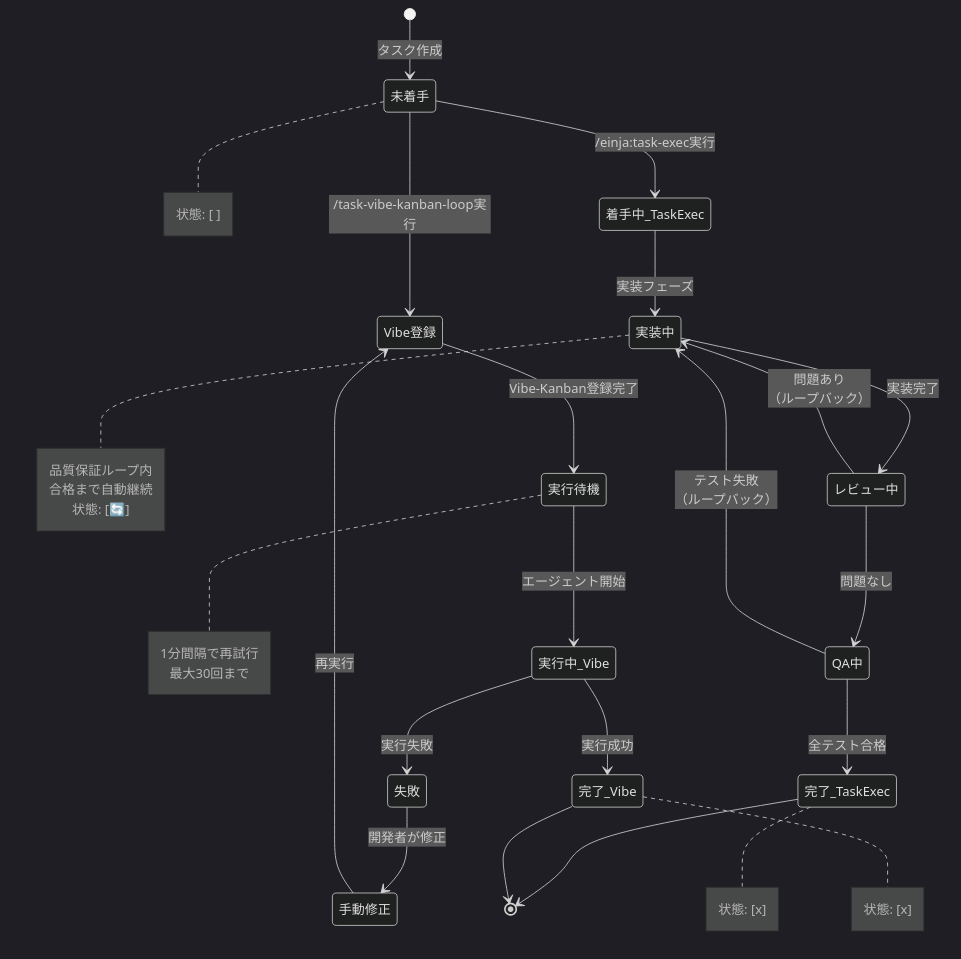
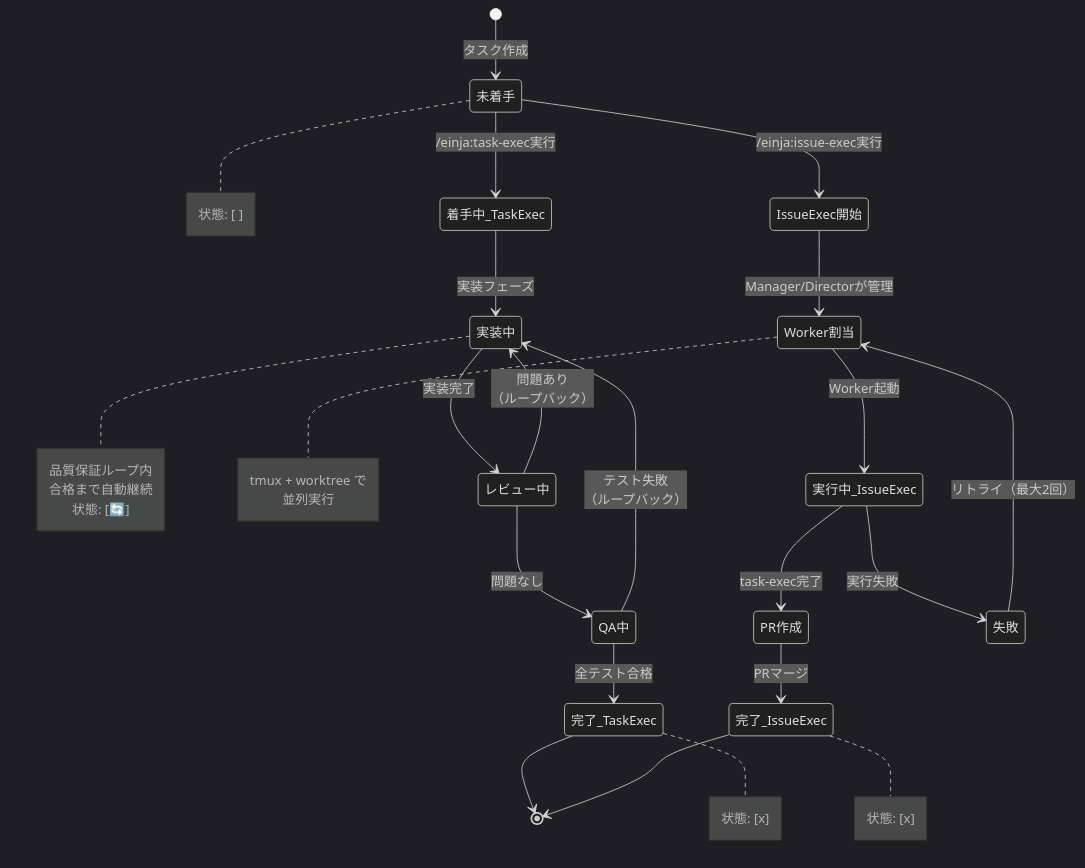
Before and after one commit to einja-inc/einja-management-template: the fourth of 6 diagrams in docs/einja/instructions/task-execute.md, drawn with Mermaid (dark theme). The commit also changed other lines of this file and 51 other files, not shown here.

First line of the commit message:
feat: issue-exec ワークフロー導入 + task-loop ソースコード復元

````diff
--- a/docs/einja/instructions/task-execute.md
+++ b/docs/einja/instructions/task-execute.md
@@ -450,48 +450,48 @@
 ```mermaid
 stateDiagram-v2
     [*] --> 未着手: タスク作成
 
     未着手 --> 着手中_TaskExec: /einja:task-exec実行
-    未着手 --> Vibe登録: /task-vibe-kanban-loop実行
+    未着手 --> IssueExec開始: /einja:issue-exec実行
 
     着手中_TaskExec --> 実装中: 実装フェーズ
     実装中 --> レビュー中: 実装完了
     レビュー中 --> 実装中: 問題あり<br/>（ループバック）
     レビュー中 --> QA中: 問題なし
     QA中 --> 実装中: テスト失敗<br/>（ループバック）
     QA中 --> 完了_TaskExec: 全テスト合格
 
-    Vibe登録 --> 実行待機: Vibe-Kanban登録完了
-    実行待機 --> 実行中_Vibe: エージェント開始
-    実行中_Vibe --> 完了_Vibe: 実行成功
-    実行中_Vibe --> 失敗: 実行失敗
+    IssueExec開始 --> Worker割当: Manager/Directorが管理
+    Worker割当 --> 実行中_IssueExec: Worker起動
+    実行中_IssueExec --> PR作成: task-exec完了
+    PR作成 --> 完了_IssueExec: PRマージ
 
-    失敗 --> 手動修正: 開発者が修正
-    手動修正 --> Vibe登録: 再実行
+    実行中_IssueExec --> 失敗: 実行失敗
+    失敗 --> Worker割当: リトライ（最大2回）
 
     完了_TaskExec --> [*]
-    完了_Vibe --> [*]
+    完了_IssueExec --> [*]
 
     note right of 未着手
         状態: [ ]
     end note
 
     note right of 実装中
         品質保証ループ内
         合格まで自動継続
         状態: [🔄]
     end note
 
-    note right of 実行待機
-        1分間隔で再試行
-        最大30回まで
+    note right of Worker割当
+        tmux + worktree で
+        並列実行
     end note
 
     note right of 完了_TaskExec
         状態: [x]
     end note
 
-    note right of 完了_Vibe
+    note right of 完了_IssueExec
         状態: [x]
     end note
 ```
````
